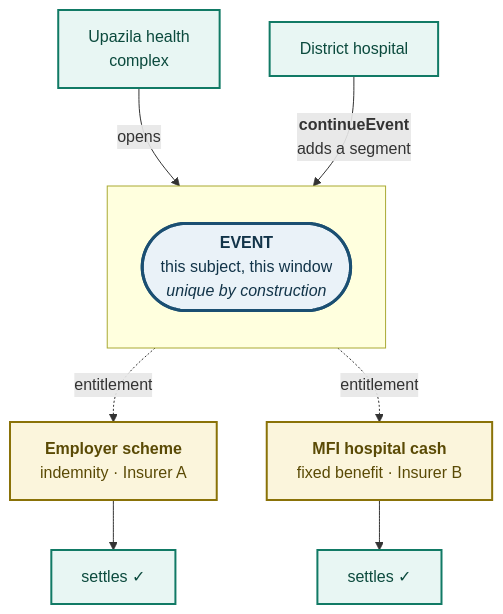
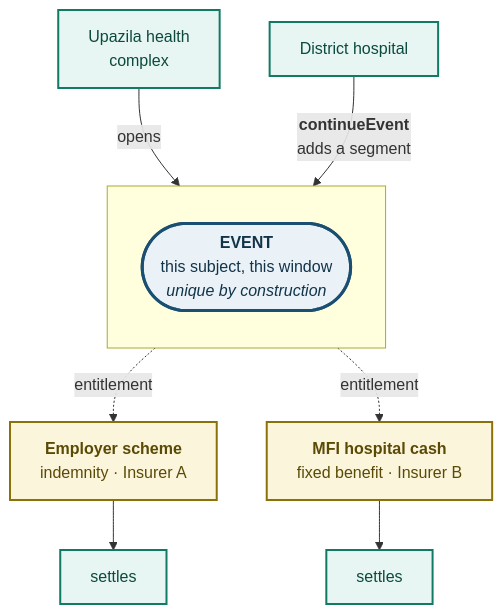
The third of 12 diagrams in README.md (farhanishraq17/Obhoy), drawn with Mermaid before and after one commit. The commit also changed other lines of this file and 22 other files, not shown here.

````diff
--- a/README.md
+++ b/README.md
@@ -198,23 +200,23 @@
 ```mermaid
 flowchart TB
     subgraph one [" "]
         direction TB
         E(["<b>EVENT</b><br/>this subject, this window<br/><i>unique by construction</i>"])
     end
 
     E -.->|"entitlement"| C1["<b>Employer scheme</b><br/>indemnity · Insurer A"]
     E -.->|"entitlement"| C2["<b>MFI hospital cash</b><br/>fixed benefit · Insurer B"]
 
-    C1 --> S1["settles ✓"]
-    C2 --> S2["settles ✓"]
+    C1 --> S1["settles"]
+    C2 --> S2["settles"]
 
     A1["Upazila health<br/>complex"] -->|"opens"| E
     A2["District hospital"] -->|"<b>continueEvent</b><br/>adds a segment"| E
 
     classDef ev fill:#EAF2F8,stroke:#1B4F72,stroke-width:3px,color:#123449
     classDef ent fill:#FBF5DC,stroke:#8A7208,stroke-width:2px,color:#5A4A05
     classDef good fill:#E8F6F3,stroke:#117A65,stroke-width:2px,color:#0B4A3D
     class E ev
     class C1,C2 ent
     class S1,S2,A1,A2 good
 ```
````
